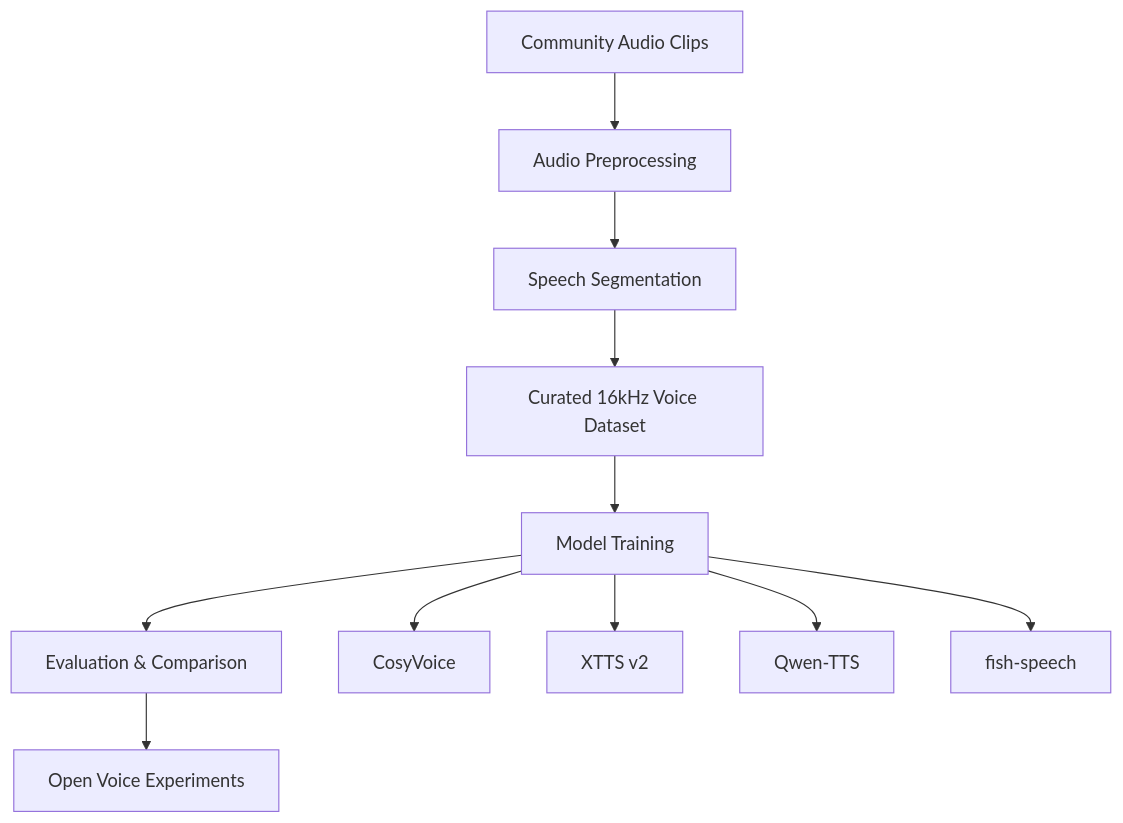
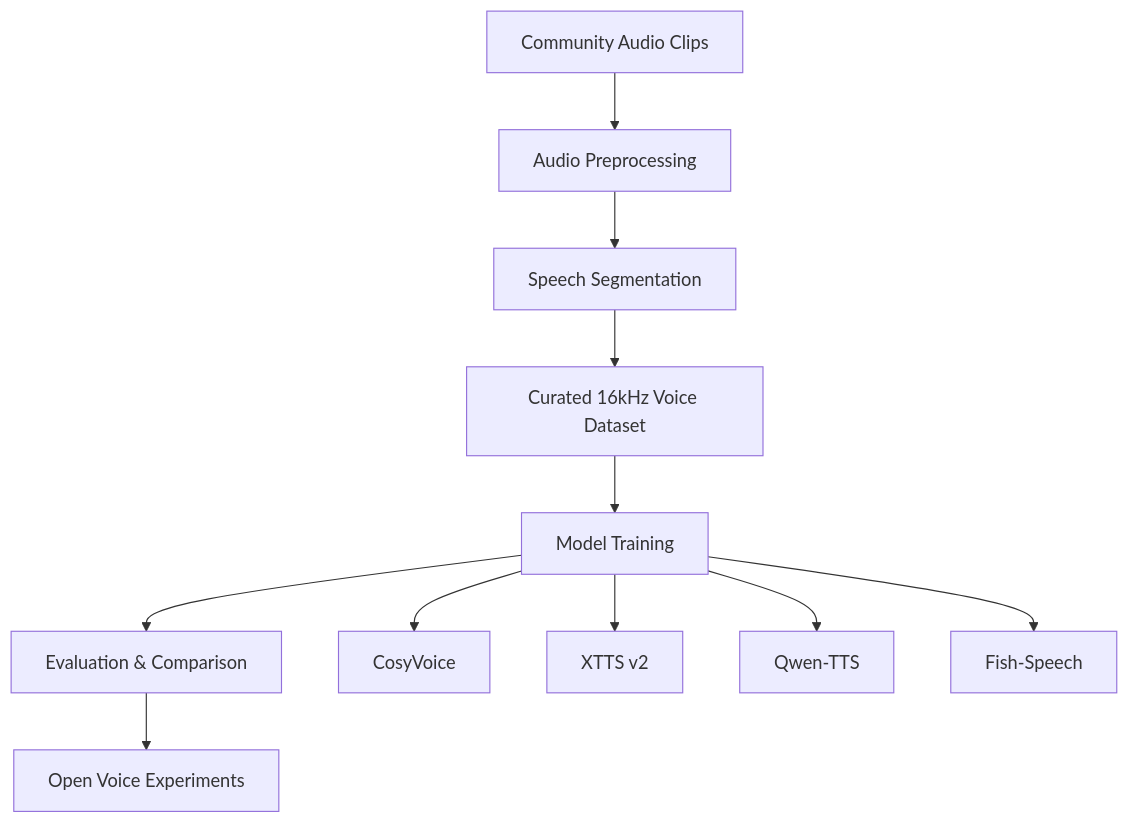
Before and after one commit to engineerx87/ani-voice-rebuild: the diagram in README.md, drawn with Mermaid. The commit also changed other lines of this file, not shown here.

````diff
--- a/README.md
+++ b/README.md
@@ -21,23 +21,23 @@
 ```mermaid
 flowchart TD
 
 A[Community Audio Clips]
 B[Audio Preprocessing]
 C[Speech Segmentation]
 D[Curated 16kHz Voice Dataset]
 E[Model Training]
 F[Evaluation & Comparison]
 G[Open Voice Experiments]
 
 A --> B
 B --> C
 C --> D
 D --> E
 E --> F
 F --> G
 
 E --> H[CosyVoice]
 E --> I[XTTS v2]
 E --> J[Qwen-TTS]
-E --> K[fish-speech]
+E --> K[Fish-Speech]
 ```
````
